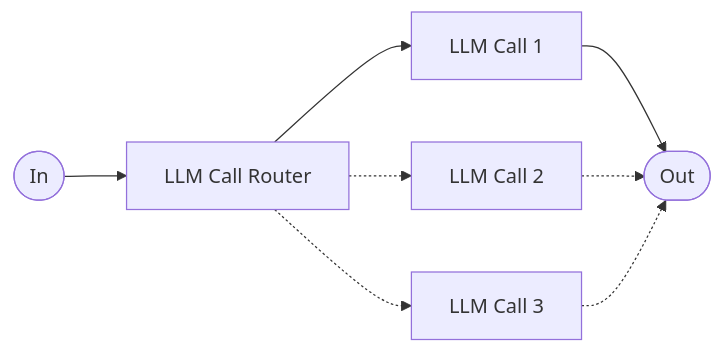
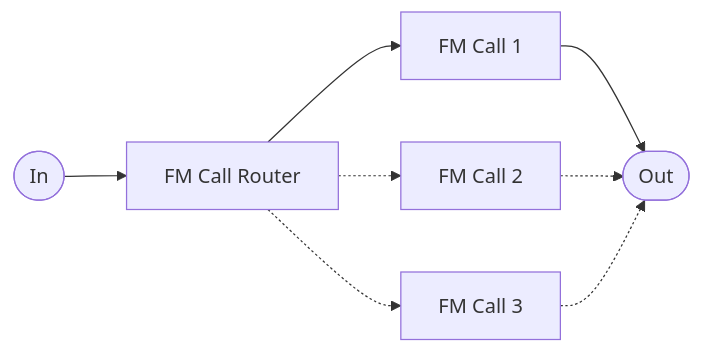
One commit to eugenesiow/LLM-Insights changed the first of 2 diagrams in applications/workflows/README.md. Above: the diagram before and after it, drawn with Mermaid. The commit also changed other lines of this file, not shown here.

````diff
--- a/applications/workflows/README.md
+++ b/applications/workflows/README.md
@@ -9,10 +11,10 @@
 ```mermaid
 flowchart LR
-    A([In]) --> B[LLM Call Router]
-    B --> C[LLM Call 1]
-    B -.-> D[LLM Call 2]
-    B -.-> E[LLM Call 3]
+    A([In]) --> B[FM Call Router]
+    B --> C[FM Call 1]
+    B -.-> D[FM Call 2]
+    B -.-> E[FM Call 3]
     C --> F([Out])
     D -.-> F
     E -.-> F
 ```
````
